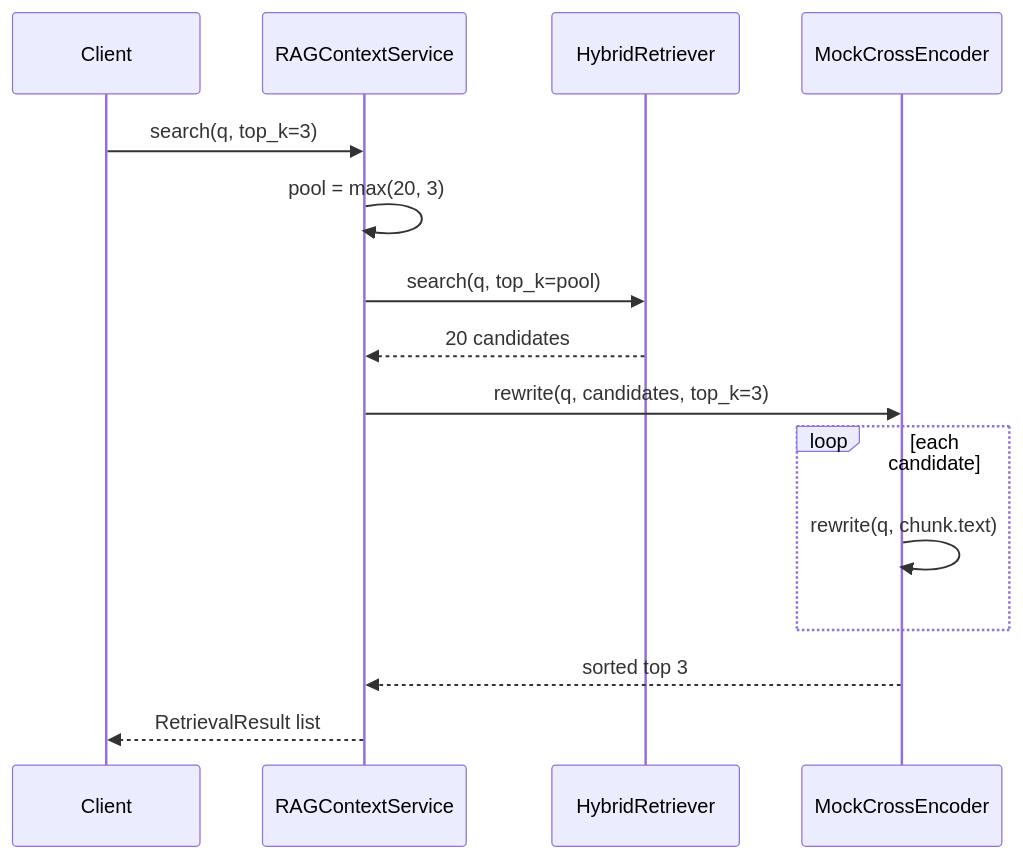
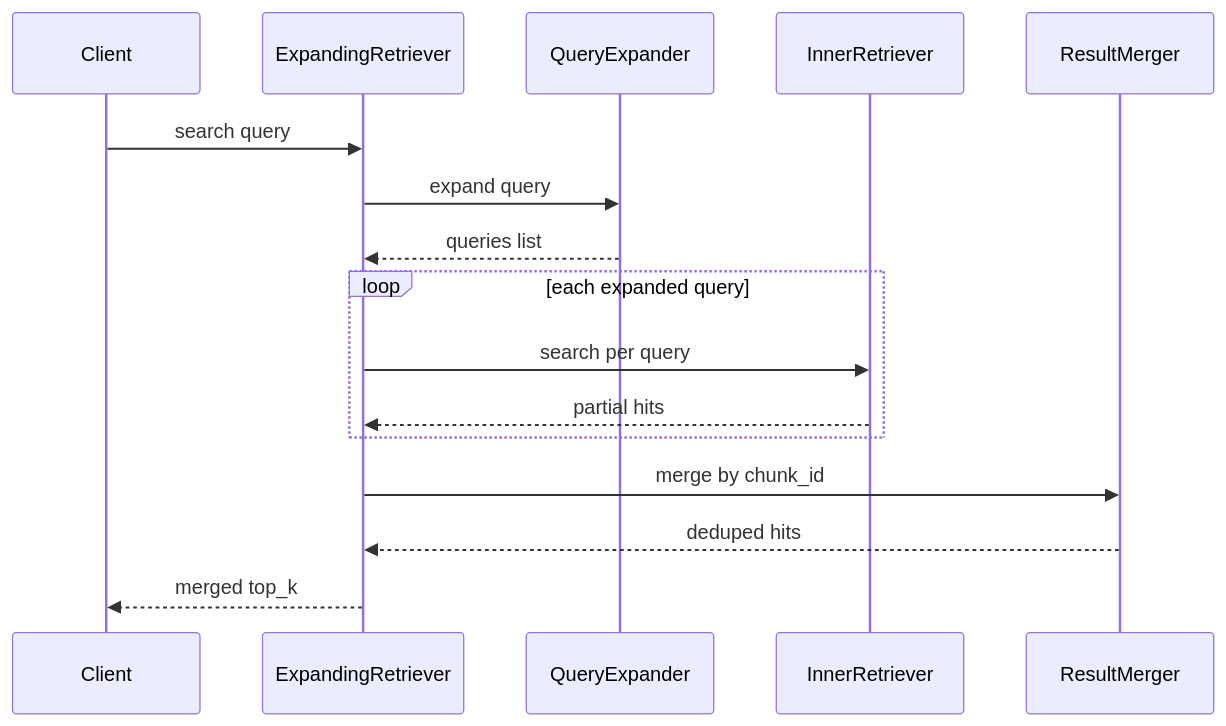
The first of 2 diagrams in course/day35/04_流程图与示意图.md (ab6539763/70_days_course_plus), drawn with Mermaid before and after one commit. The commit also changed other lines of this file and 128 other files, not shown here.

First line of the commit message:
fix(course): repair day31-37 diagrams, titles, and missing content

````diff
--- a/course/day35/04_流程图与示意图.md
+++ b/course/day35/04_流程图与示意图.md
@@ -5,17 +5,18 @@
 ```mermaid
 sequenceDiagram
     participant U as Client
-    participant R as RAGContextService
-    participant H as HybridRetriever
-    participant C as MockCrossEncoder
-    U->>R: search(q, top_k=3)
-    R->>R: pool = max(20, 3)
-    R->>H: search(q, top_k=pool)
-    H-->>R: 20 candidates
-    R->>C: rewrite(q, candidates, top_k=3)
-    loop each candidate
-        C->>C: rewrite(q, chunk.text)
+    participant E as ExpandingRetriever
+    participant X as QueryExpander
+    participant I as InnerRetriever
+    participant M as ResultMerger
+    U->>E: search query
+    E->>X: expand query
+    X-->>E: queries list
+    loop each expanded query
+        E->>I: search per query
+        I-->>E: partial hits
     end
-    C-->>R: sorted top 3
-    R-->>U: RetrievalResult list
+    E->>M: merge by chunk_id
+    M-->>E: deduped hits
+    E-->>U: merged top_k
 ```
````
